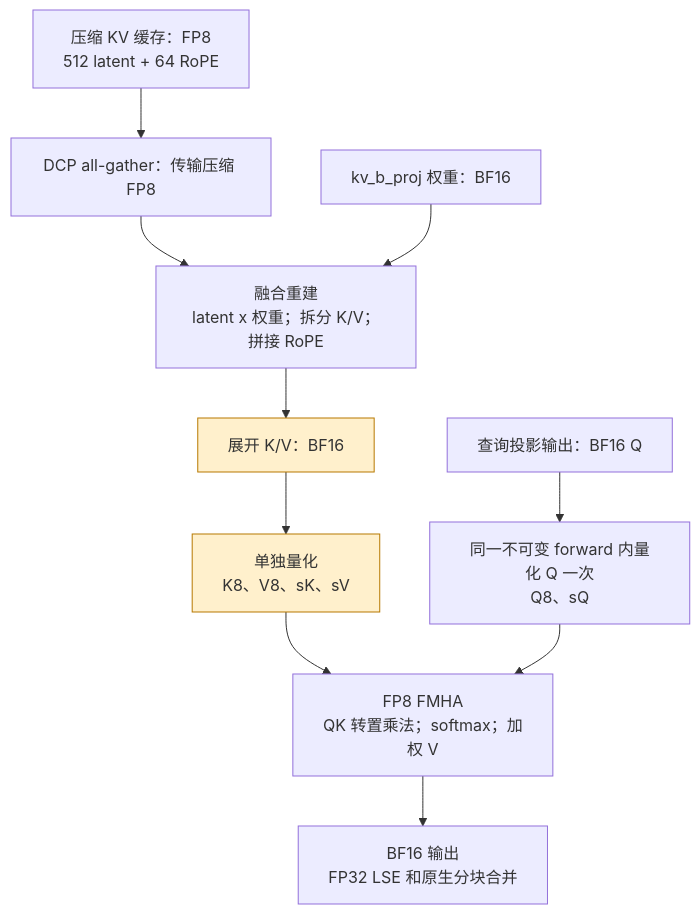
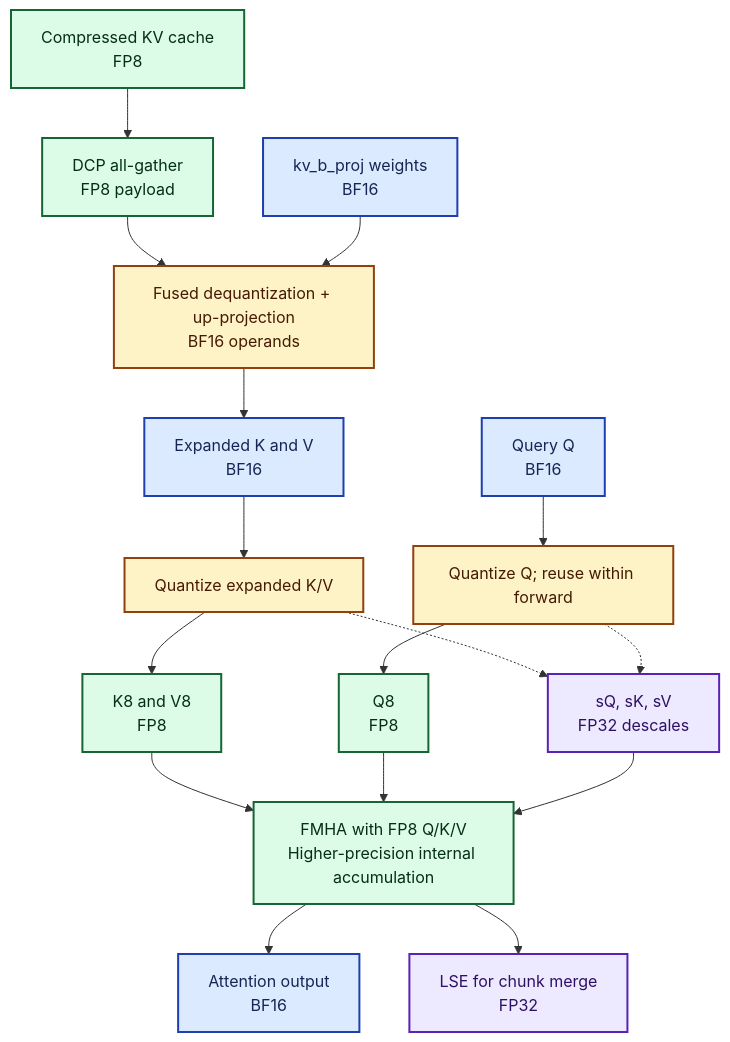
Before and after one commit to ajith-sirra-amd/InferenceMAX_Rocm_Team: the diagram in docs/kimi/fp8-fmha-dataflow_zh.md, drawn with Mermaid. The commit also changed other lines of this file and 1 other file, not shown here.

Commit message:
docs(kimi): color FP8 and BF16 dataflow and use supported math

````diff
--- a/docs/kimi/fp8-fmha-dataflow_zh.md
+++ b/docs/kimi/fp8-fmha-dataflow_zh.md
@@ -21,20 +23,34 @@
 ```mermaid
 flowchart TD
-    C["压缩 KV 缓存：FP8<br/>512 latent + 64 RoPE"]
-    G["DCP all-gather：传输压缩 FP8"]
-    W["kv_b_proj 权重：BF16"]
-    R["融合重建<br/>latent x 权重；拆分 K/V；拼接 RoPE"]
-    B["展开 K/V：BF16"]
-    Q["查询投影输出：BF16 Q"]
-    K8["单独量化<br/>K8、V8、sK、sV"]
-    Q8["同一不可变 forward 内量化 Q 一次<br/>Q8、sQ"]
-    F["FP8 FMHA<br/>QK 转置乘法；softmax；加权 V"]
-    O["BF16 输出<br/>FP32 LSE 和原生分块合并"]
+    C["Compressed KV cache<br/>FP8"]
+    G["DCP all-gather<br/>FP8 payload"]
+    W["kv_b_proj weights<br/>BF16"]
+    R["Fused dequantization + up-projection<br/>BF16 operands"]
+    B["Expanded K and V<br/>BF16"]
+    Q["Query Q<br/>BF16"]
+    KQ["Quantize expanded K/V"]
+    QQ["Quantize Q; reuse within forward"]
+    K8["K8 and V8<br/>FP8"]
+    Q8["Q8<br/>FP8"]
+    S["sQ, sK, sV<br/>FP32 descales"]
+    F["FMHA with FP8 Q/K/V<br/>Higher-precision internal accumulation"]
+    O["Attention output<br/>BF16"]
+    L["LSE for chunk merge<br/>FP32"]
     C --> G --> R
     W --> R
-    R --> B --> K8 --> F
-    Q --> Q8 --> F
+    R --> B --> KQ --> K8 --> F
+    Q --> QQ --> Q8 --> F
+    KQ -.-> S
+    QQ -.-> S
+    S --> F
     F --> O
-    style B fill:#fff0cc,stroke:#b77900
-    style K8 fill:#fff0cc,stroke:#b77900
+    F --> L
+    classDef fp8 fill:#DCFCE7,stroke:#166534,color:#052E16,stroke-width:2px
+    classDef bf16 fill:#DBEAFE,stroke:#1E40AF,color:#172554,stroke-width:2px
+    classDef conversion fill:#FEF3C7,stroke:#92400E,color:#451A03,stroke-width:2px
+    classDef fp32 fill:#EDE9FE,stroke:#5B21B6,color:#2E1065,stroke-width:2px
+    class C,G,K8,Q8,F fp8
+    class W,B,Q,O bf16
+    class R,KQ,QQ conversion
+    class S,L fp32
 ```
````
